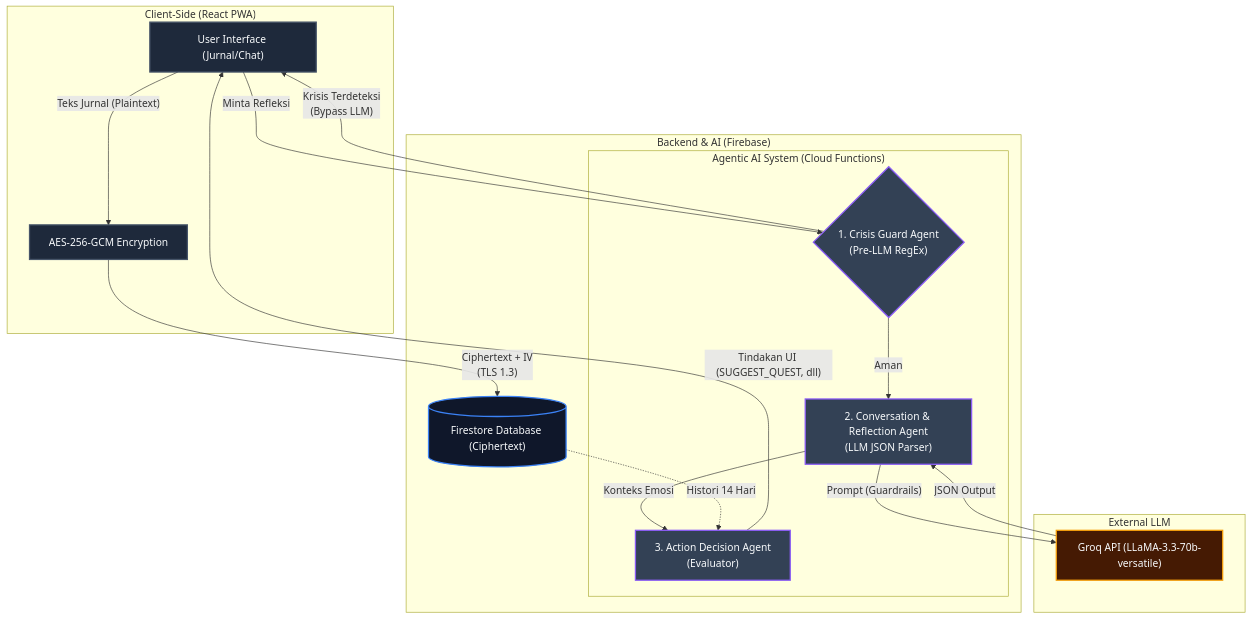
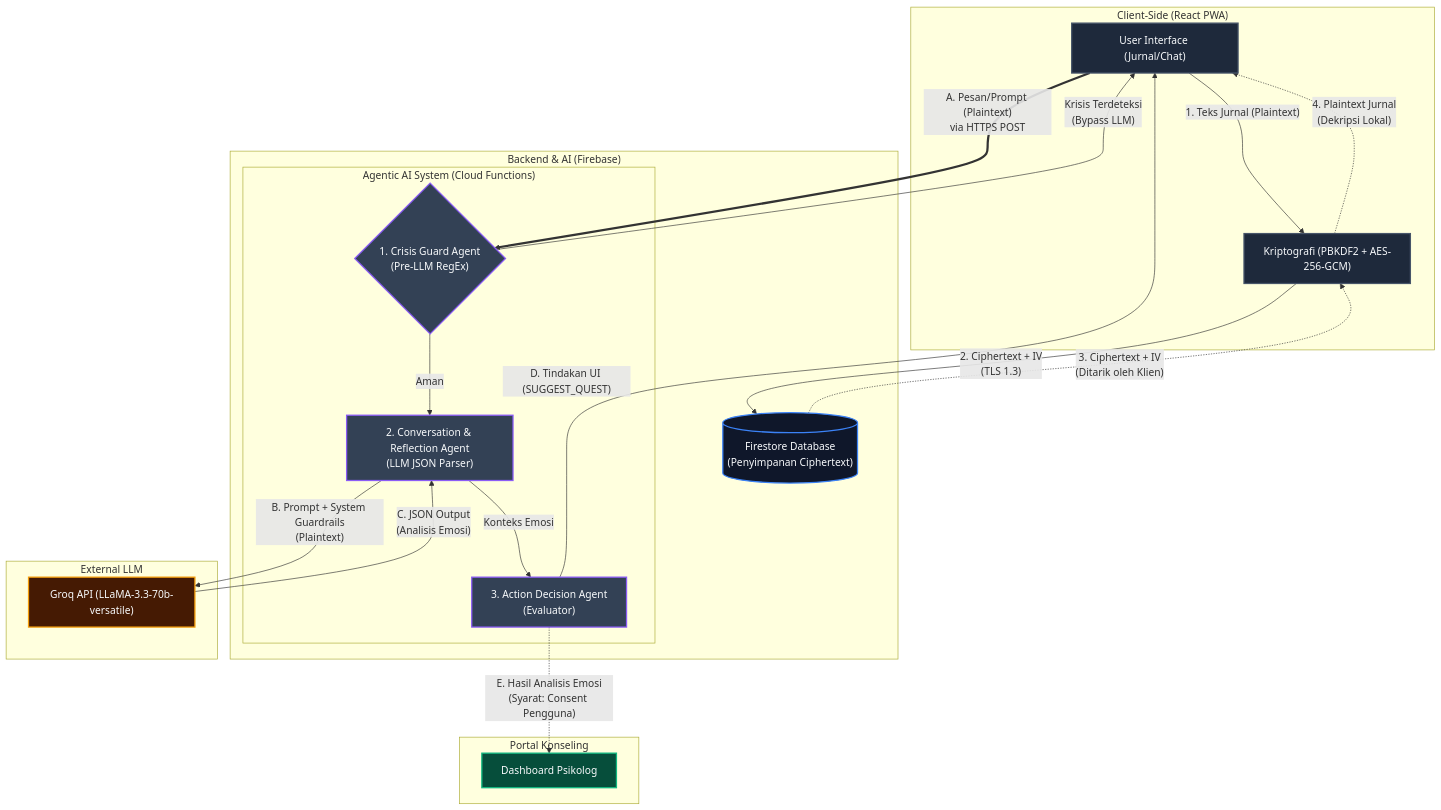
One commit to niputuaishwara/MindquestAI changed the diagram in README.md. Above: the diagram before and after it, drawn with Mermaid. The commit also changed other lines of this file and 29 other files, not shown here.

Commit message:
feat: Add user consent flow, hard delete account, and conversation agent tests

````diff
--- a/README.md
+++ b/README.md
@@ -126,41 +126,49 @@
 ```mermaid
 graph TD
     classDef client fill:#1e293b,stroke:#475569,stroke-width:2px,color:#f8fafc;
     classDef server fill:#0f172a,stroke:#3b82f6,stroke-width:2px,color:#f8fafc;
     classDef agent fill:#334155,stroke:#8b5cf6,stroke-width:2px,color:#f8fafc;
     classDef ext fill:#451a03,stroke:#f59e0b,stroke-width:2px,color:#f8fafc;
+    classDef psych fill:#064e3b,stroke:#10b981,stroke-width:2px,color:#f8fafc;
 
     subgraph Client ["Client-Side (React PWA)"]
         UI["User Interface (Jurnal/Chat)"]:::client
-        Crypto["AES-256-GCM Encryption"]:::client
+        Crypto["Kriptografi (PBKDF2 + AES-256-GCM)"]:::client
     end
 
     subgraph Backend ["Backend & AI (Firebase)"]
-        DB[("Firestore Database (Ciphertext)")]:::server
+        DB[("Firestore Database\n(Penyimpanan Ciphertext)")]:::server
         
         subgraph MAS ["Agentic AI System (Cloud Functions)"]
             Guard{"1. Crisis Guard Agent\n(Pre-LLM RegEx)"}:::agent
             Conv["2. Conversation & Reflection Agent\n(LLM JSON Parser)"]:::agent
             Action["3. Action Decision Agent\n(Evaluator)"]:::agent
         end
     end
 
     subgraph External ["External LLM"]
         LLM["Groq API (LLaMA-3.3-70b-versatile)"]:::ext
     end
+    
+    subgraph Portal ["Portal Konseling"]
+        Dashboard["Dashboard Psikolog"]:::psych
+    end
 
-    %% Data Flow
-    UI -- "Teks Jurnal (Plaintext)" --> Crypto
-    Crypto -- "Ciphertext + IV\n(TLS 1.3)" --> DB
+    %% Jalur 1: Akses & Penyimpanan Jurnal (E2EE)
+    UI -- "1. Teks Jurnal (Plaintext)" --> Crypto
+    Crypto -- "2. Ciphertext + IV\n(TLS 1.3)" --> DB
+    DB -. "3. Ciphertext + IV\n(Ditarik oleh Klien)" .-> Crypto
+    Crypto -. "4. Plaintext Jurnal\n(Dekripsi Lokal)" .-> UI
     
-    UI -- "Minta Refleksi" --> Guard
+    %% Jalur 2: Analisis Emosi (Transient via HTTPS)
+    UI == "A. Pesan/Prompt (Plaintext)\nvia HTTPS POST" ==> Guard
     Guard -- "Krisis Terdeteksi\n(Bypass LLM)" --> UI
     Guard -- "Aman" --> Conv
     
-    Conv -- "Prompt (Guardrails)" --> LLM
-    LLM -- "JSON Output" --> Conv
+    Conv -- "B. Prompt + System Guardrails\n(Plaintext)" --> LLM
+    LLM -- "C. JSON Output\n(Analisis Emosi)" --> Conv
     
     Conv -- "Konteks Emosi" --> Action
-    DB -. "Histori 14 Hari" .-> Action
-    Action -- "Tindakan UI (SUGGEST_QUEST, dll)" --> UI
+    Action -- "D. Tindakan UI (SUGGEST_QUEST)" --> UI
+    Action -. "E. Hasil Analisis Emosi\n(Syarat: Consent Pengguna)" .-> Dashboard
 ```
````
